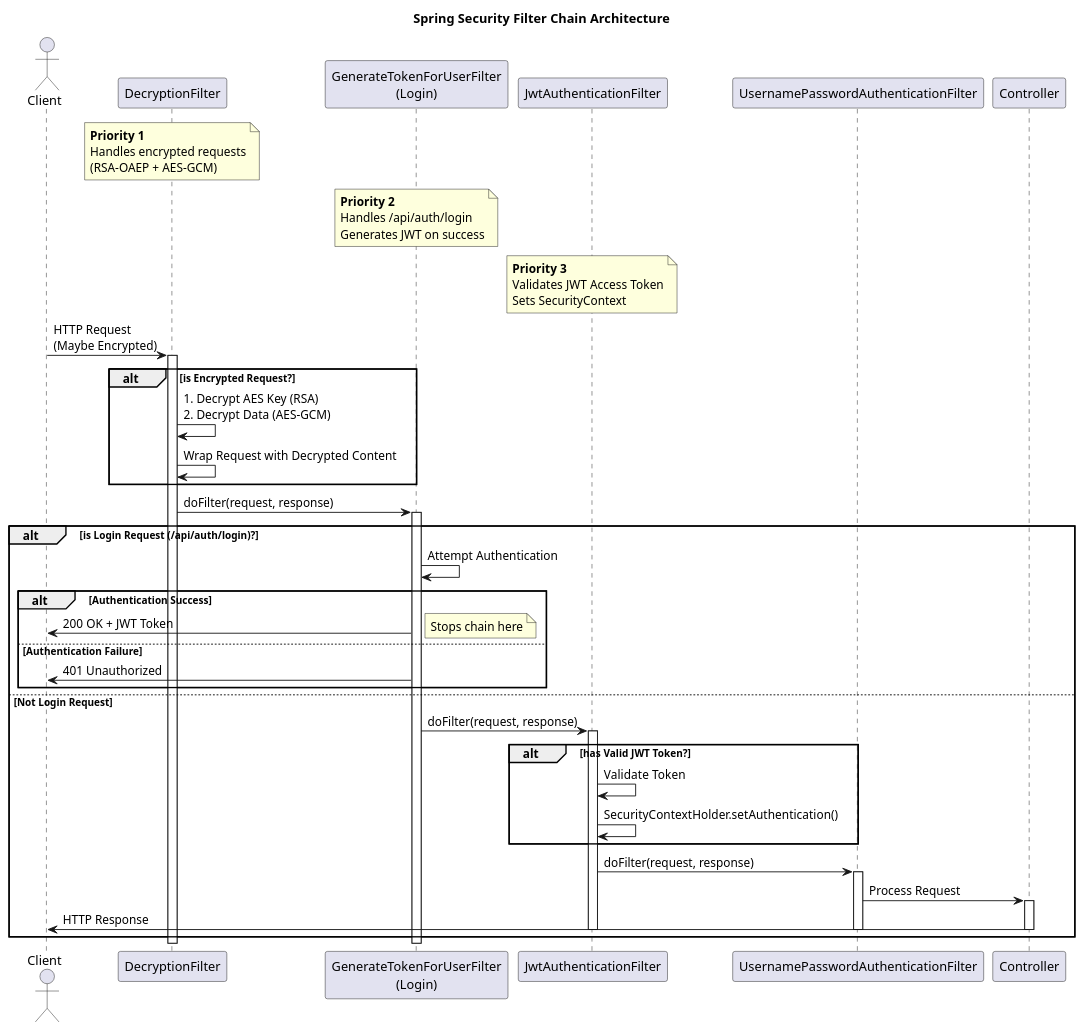
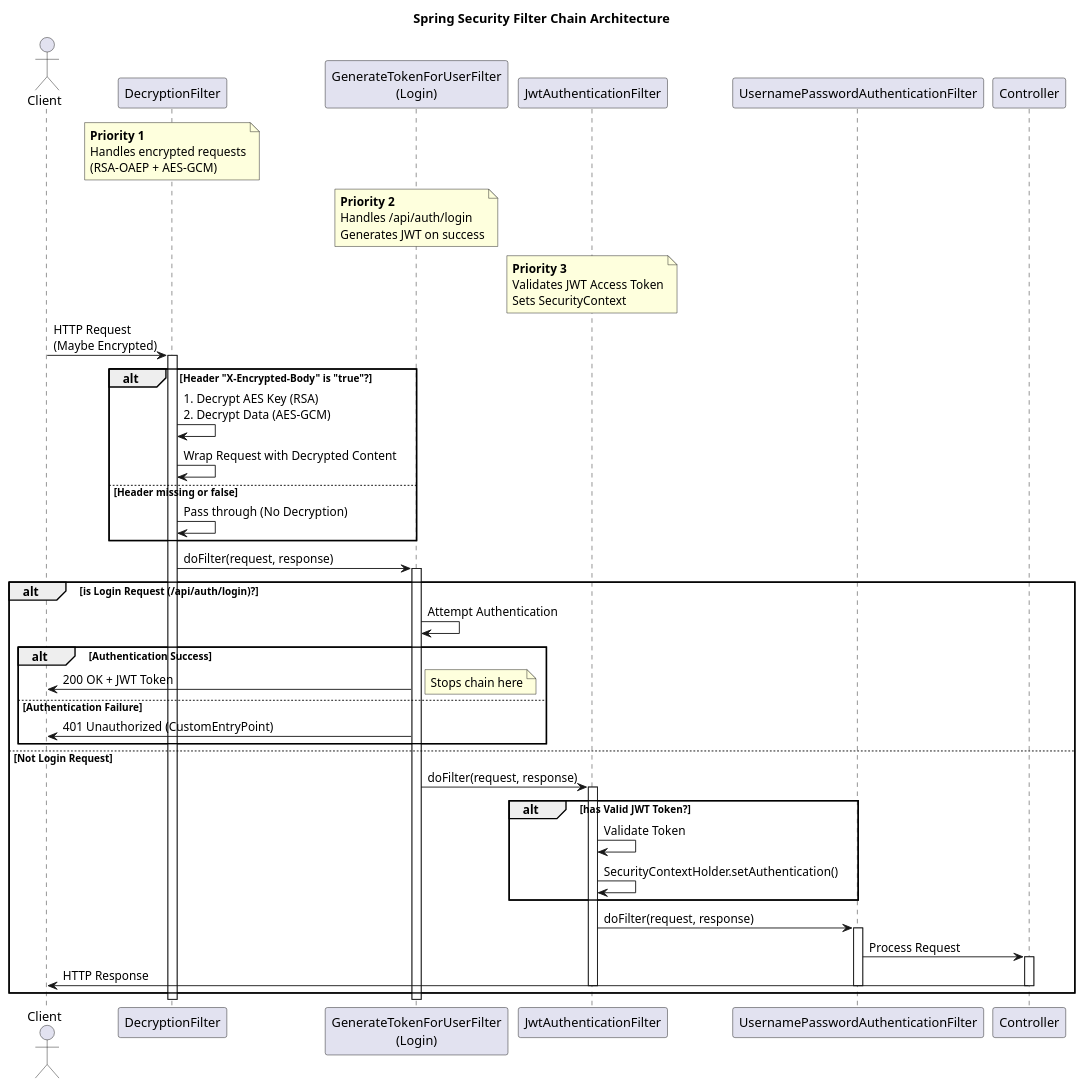
Before and after one commit to Ggyumalang/auth-service-demo: the diagram in backend/docs/security_architecture.puml, drawn with PlantUML. The commit also changed 10 other files, not shown here.

Commit message:
chore & refact : test 코드 수정 & ExceptionHandling 처리 & CustomEntryPoint 생성 & docs 반영

```diff
--- a/backend/docs/security_architecture.puml
+++ b/backend/docs/security_architecture.puml
@@ -1,71 +1,73 @@
 @startuml
 title Spring Security Filter Chain Architecture
 
 actor Client
 participant "DecryptionFilter" as DecryptFilter
 participant "GenerateTokenForUserFilter\n(Login)" as LoginFilter
 participant "JwtAuthenticationFilter" as JwtFilter
 participant "UsernamePasswordAuthenticationFilter" as UPAF
 participant "Controller" as Controller
 
 note over DecryptFilter
   <b>Priority 1</b>
   Handles encrypted requests
   (RSA-OAEP + AES-GCM)
 end note
 
 note over LoginFilter
   <b>Priority 2</b>
   Handles /api/auth/login
   Generates JWT on success
 end note
 
 note over JwtFilter
   <b>Priority 3</b>
   Validates JWT Access Token
   Sets SecurityContext
 end note
 
 Client -> DecryptFilter: HTTP Request\n(Maybe Encrypted)
 
 activate DecryptFilter
-  alt is Encrypted Request?
+  alt Header "X-Encrypted-Body" is "true"?
     DecryptFilter -> DecryptFilter: 1. Decrypt AES Key (RSA)\n2. Decrypt Data (AES-GCM)
     DecryptFilter -> DecryptFilter: Wrap Request with Decrypted Content
+  else Header missing or false
+    DecryptFilter -> DecryptFilter: Pass through (No Decryption)
   end
   
   DecryptFilter -> LoginFilter: doFilter(request, response)
   activate LoginFilter
     
     alt is Login Request (/api/auth/login)?
       LoginFilter -> LoginFilter: Attempt Authentication
       alt Authentication Success
         LoginFilter -> Client: 200 OK + JWT Token
         note right: Stops chain here
       else Authentication Failure
-        LoginFilter -> Client: 401 Unauthorized
+        LoginFilter -> Client: 401 Unauthorized (CustomEntryPoint)
       end
     else Not Login Request
       LoginFilter -> JwtFilter: doFilter(request, response)
       activate JwtFilter
       
         alt has Valid JWT Token?
           JwtFilter -> JwtFilter: Validate Token
           JwtFilter -> JwtFilter: SecurityContextHolder.setAuthentication()
         end
         
         JwtFilter -> UPAF: doFilter(request, response)
         activate UPAF
           UPAF -> Controller: Process Request
           activate Controller
             Controller -> Client: HTTP Response
           deactivate Controller
         deactivate UPAF
         
       deactivate JwtFilter
     end
     
   deactivate LoginFilter
 deactivate DecryptFilter
 
 @enduml
```
